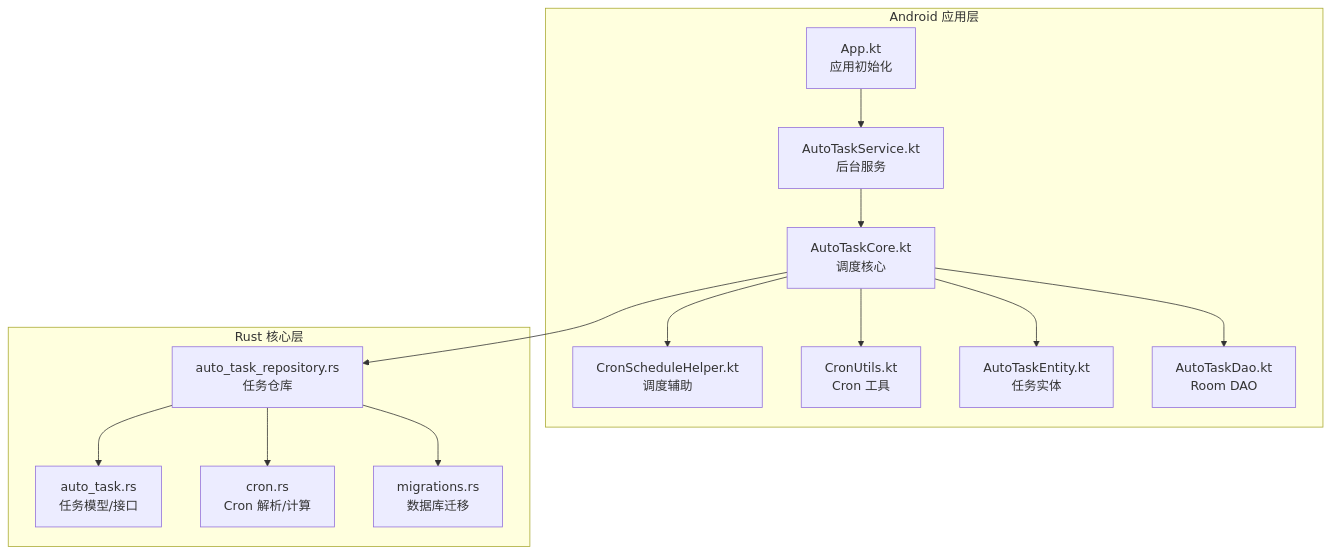
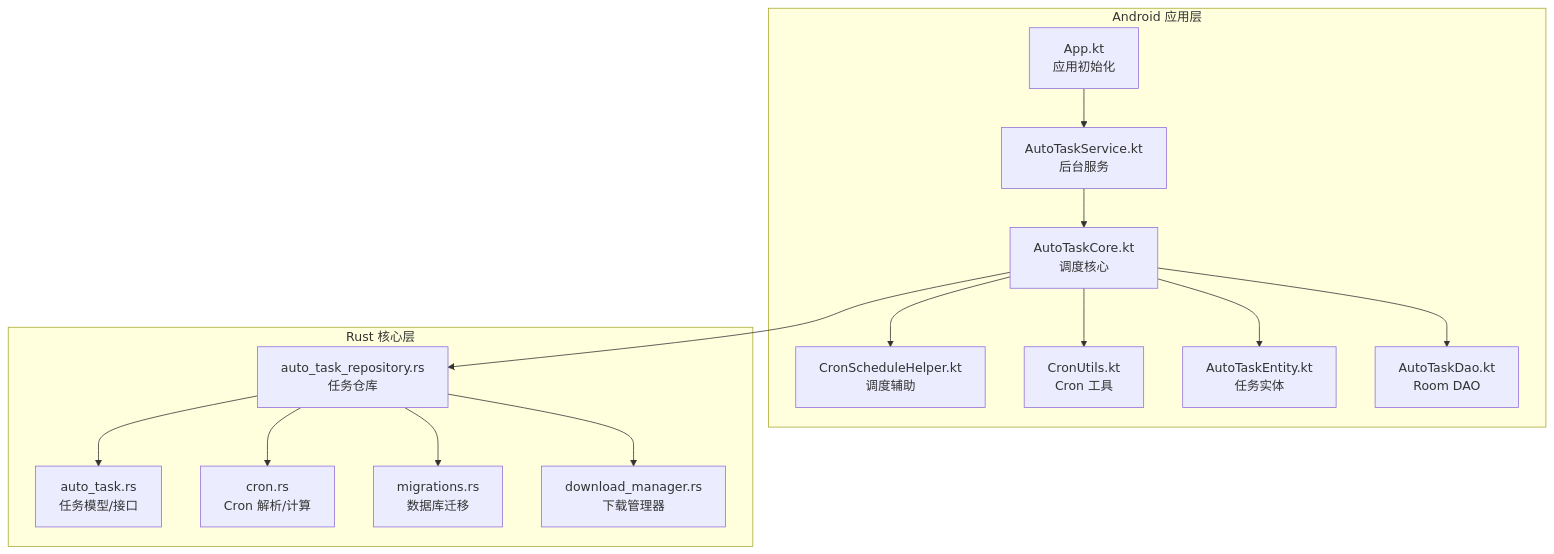
Before and after one commit to ZhangGHGitHub/LegadoTeamFlutter: the first of 8 diagrams in .qoder/repowiki/zh/content/架构设计/分层架构设计/业务逻辑层/任务调度.md, drawn with Mermaid. The commit also changed other lines of this file and 66 other files, not shown here.

````diff
--- a/.qoder/repowiki/zh/content/架构设计/分层架构设计/业务逻辑层/任务调度.md
+++ b/.qoder/repowiki/zh/content/架构设计/分层架构设计/业务逻辑层/任务调度.md
@@ -42,28 +51,30 @@
 ```mermaid
 graph TB
 subgraph "Android 应用层"
 App["App.kt<br/>应用初始化"]
 Service["AutoTaskService.kt<br/>后台服务"]
 Core["AutoTaskCore.kt<br/>调度核心"]
 CronH["CronScheduleHelper.kt<br/>调度辅助"]
 CronU["CronUtils.kt<br/>Cron 工具"]
 Entity["AutoTaskEntity.kt<br/>任务实体"]
 Dao["AutoTaskDao.kt<br/>Room DAO"]
 end
 subgraph "Rust 核心层"
 AutoTaskRS["auto_task.rs<br/>任务模型/接口"]
 CronRS["cron.rs<br/>Cron 解析/计算"]
 Repo["auto_task_repository.rs<br/>任务仓库"]
 Migrate["migrations.rs<br/>数据库迁移"]
+DownloadMgr["download_manager.rs<br/>下载管理器"]
 end
 App --> Service
 Service --> Core
 Core --> CronH
 Core --> CronU
 Core --> Entity
 Core --> Dao
 Core --> Repo
 Repo --> Migrate
 Repo --> CronRS
 Repo --> AutoTaskRS
+Repo --> DownloadMgr
 ```
````
